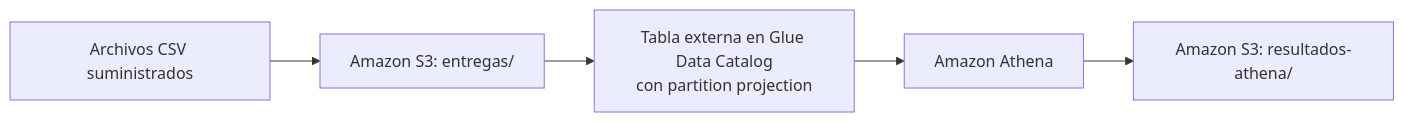
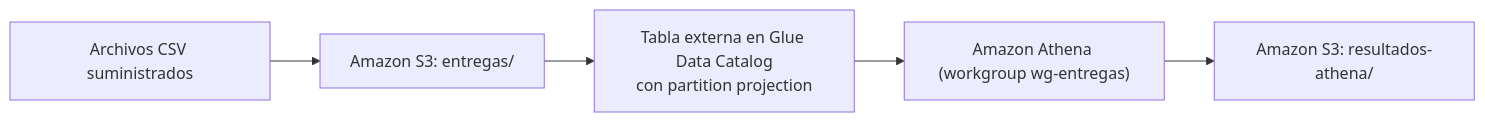
The diagram in README.md (Dduquejh/DE-Final-Entregas-AWS), drawn with Mermaid before and after one commit. The commit also changed other lines of this file and 37 other files, not shown here.

````diff
--- a/README.md
+++ b/README.md
@@ -13,7 +7,7 @@
 ```mermaid
 flowchart LR
     CSV["Archivos CSV suministrados"] --> S3["Amazon S3: entregas/"]
     S3 --> G["Tabla externa en Glue Data Catalog<br/>con partition projection"]
-    G --> A["Amazon Athena"]
+    G --> A["Amazon Athena (workgroup wg-entregas)"]
     A --> R["Amazon S3: resultados-athena/"]
 ```
````
